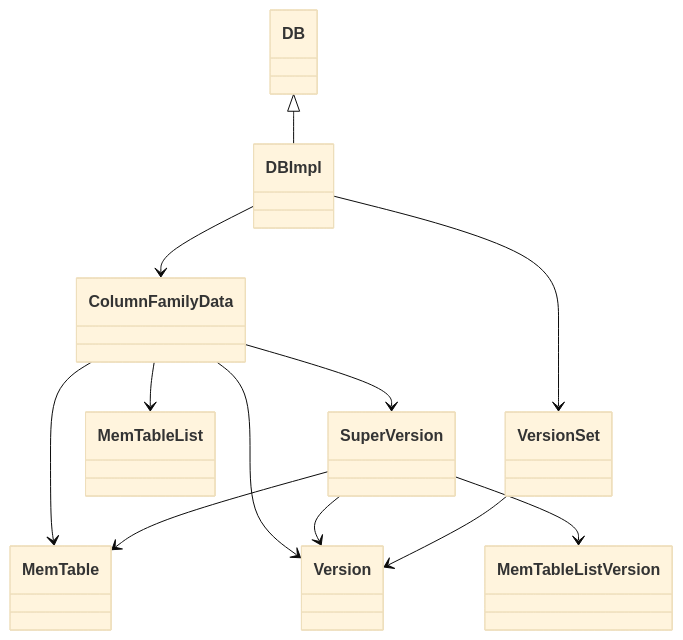
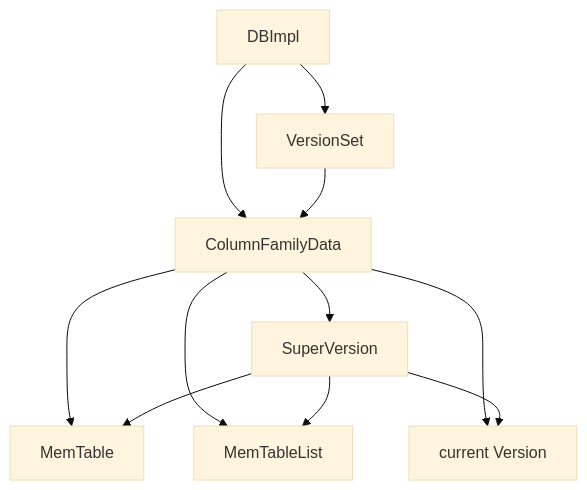
Before and after one commit to Dog-Du/Dog-Du.github.io: the third of 3 diagrams in content/posts/learning-rocksdb-day001-2026-04-01-architecture-and-lsm-tree.md, drawn with Mermaid (base theme). The commit also changed other lines of this file and 8 other files, not shown here.

````diff
--- a/content/posts/learning-rocksdb-day001-2026-04-01-architecture-and-lsm-tree.md
+++ b/content/posts/learning-rocksdb-day001-2026-04-01-architecture-and-lsm-tree.md
@@ -78,14 +288,13 @@
 ```mermaid
-classDiagram
-    DB <|-- DBImpl
-    DBImpl --> ColumnFamilyData
-    DBImpl --> VersionSet
-    ColumnFamilyData --> MemTable
-    ColumnFamilyData --> MemTableList
-    ColumnFamilyData --> Version
-    ColumnFamilyData --> SuperVersion
-    SuperVersion --> MemTable
-    SuperVersion --> MemTableListVersion
-    SuperVersion --> Version
-    VersionSet --> Version
+flowchart TD
+    DBI["DBImpl"] --> CFD["ColumnFamilyData"]
+    DBI --> VSET["VersionSet"]
+    CFD --> MEM["MemTable"]
+    CFD --> IMMLIST["MemTableList"]
+    CFD --> CURVER["current Version"]
+    CFD --> SV["SuperVersion"]
+    SV --> MEM
+    SV --> IMMLIST
+    SV --> CURVER
+    VSET --> CFD
 ```
````
